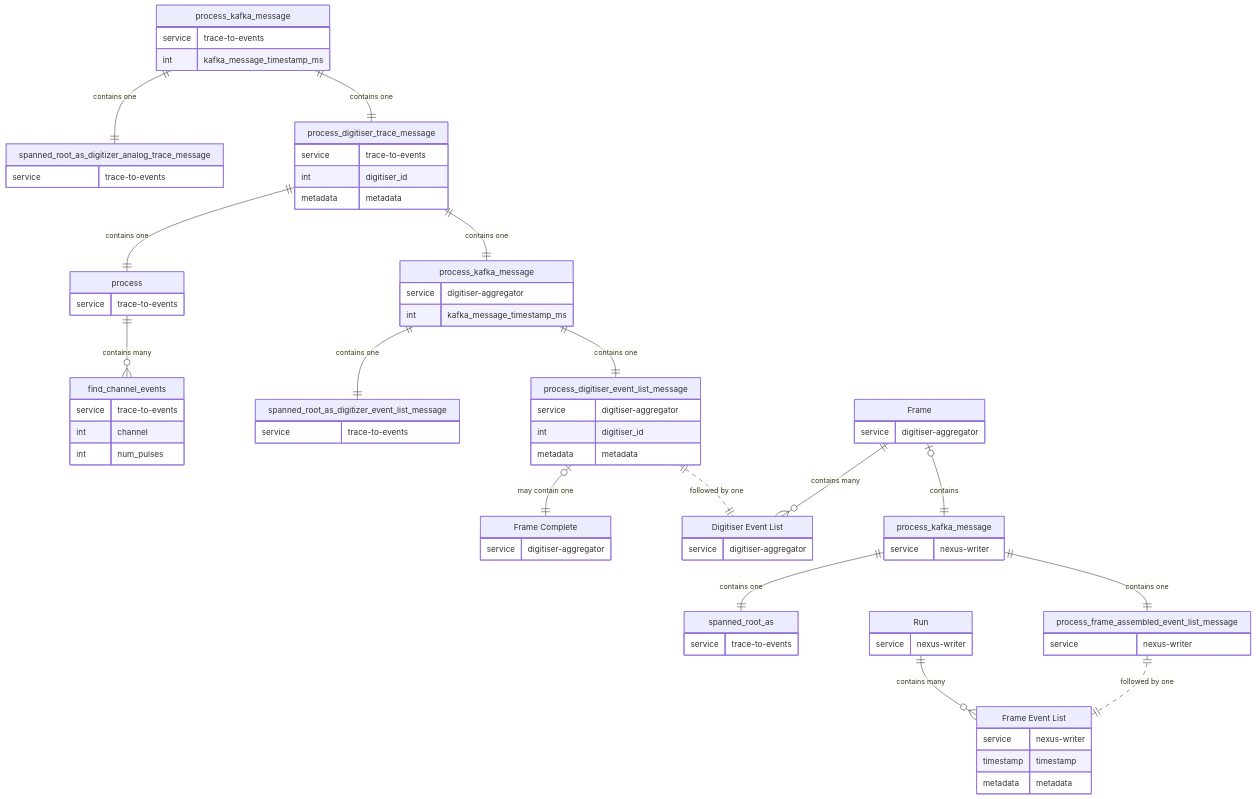
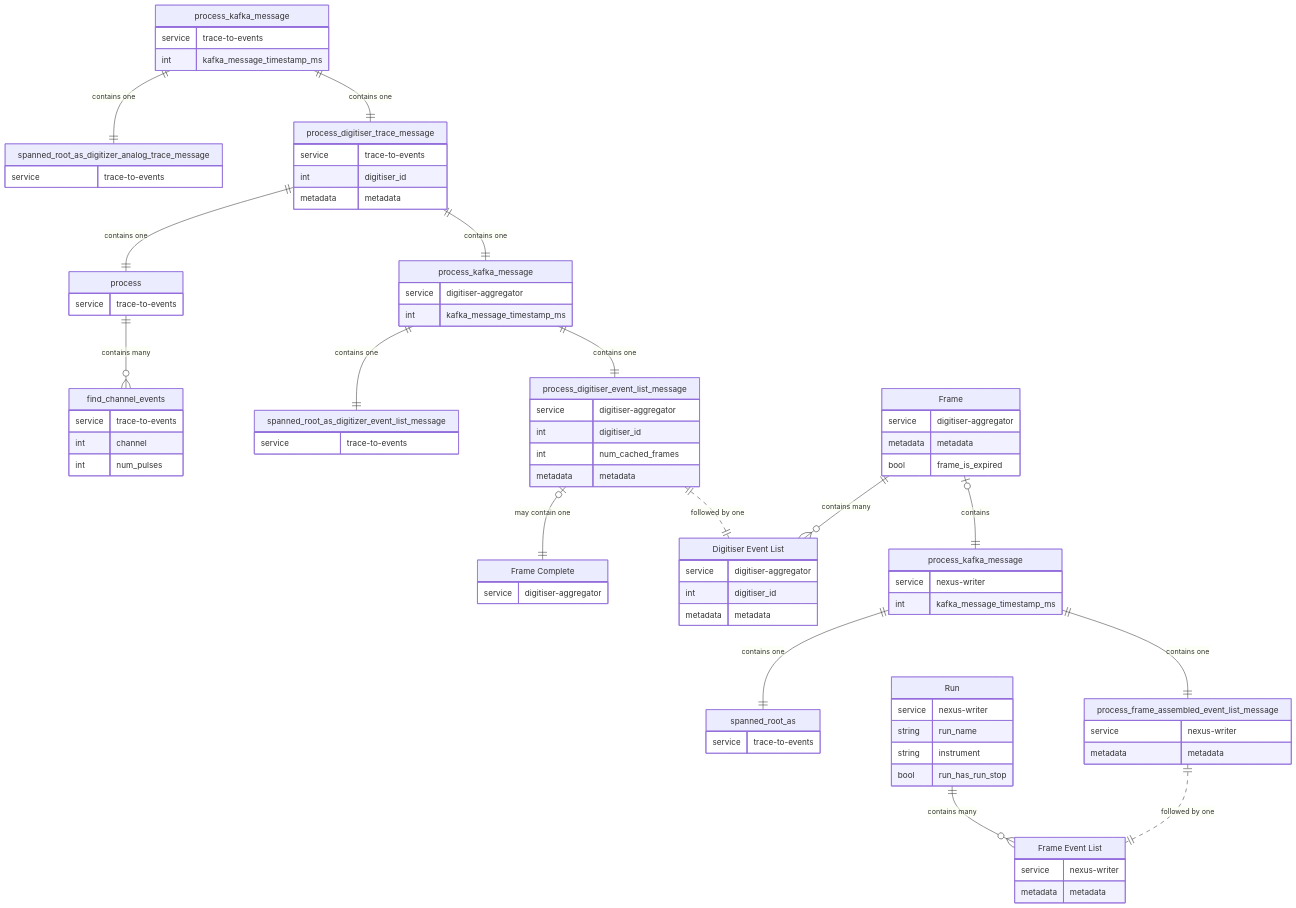
One commit to STFC-ICD-Research-and-Design/supermusr-data-pipeline changed the second of 2 diagrams in docs/tracing.md. Above: the diagram before and after it, drawn with Mermaid. The commit also changed 3 other files, not shown here.

Commit message:
Modified Readme and FrameMetadata

```diff
--- a/docs/tracing.md
+++ b/docs/tracing.md
@@ -177,6 +177,7 @@
     DA_DIG_EVT_MSG["process_digitiser_event_list_message"] {
         service digitiser-aggregator
         int digitiser_id
+        int num_cached_frames
         metadata metadata
     }
     DA_KAF_MSG ||--|| DA_DIG_EVT_MSG : "contains one"
@@ -187,15 +188,20 @@
     EF_DIG_TRACE_MSG ||--|| DA_KAF_MSG : "contains one"
     FRAME["Frame"] {
         service digitiser-aggregator
+        metadata metadata
+        bool frame_is_expired
     }
     FRAME_DIGITISER["Digitiser Event List"] {
         service digitiser-aggregator
+        int digitiser_id
+        metadata metadata
     }
     DA_DIG_EVT_MSG ||..|| FRAME_DIGITISER : "followed by one"
     FRAME ||--o{ FRAME_DIGITISER : "contains many"
 
     NW_KAFKA_MSG["process_kafka_message"] {
         service nexus-writer
+        int kafka_message_timestamp_ms
     }
     NW_SPANNED_ROOT["spanned_root_as"] {
         service trace-to-events
@@ -204,14 +210,17 @@
     FRAME |o--|| NW_KAFKA_MSG : contains
     NW_FRM_EVT_MSG["process_frame_assembled_event_list_message"] {
         service nexus-writer
+        metadata metadata
     }
     NW_KAFKA_MSG ||--|| NW_FRM_EVT_MSG : "contains one"
     RUN["Run"] {
         service nexus-writer
+        string run_name
+        string instrument
+        bool run_has_run_stop
     }
     RUN_FRAME["Frame Event List"] {
         service nexus-writer
-        timestamp timestamp
         metadata metadata
     }
     RUN ||--o{ RUN_FRAME : "contains many"
```
